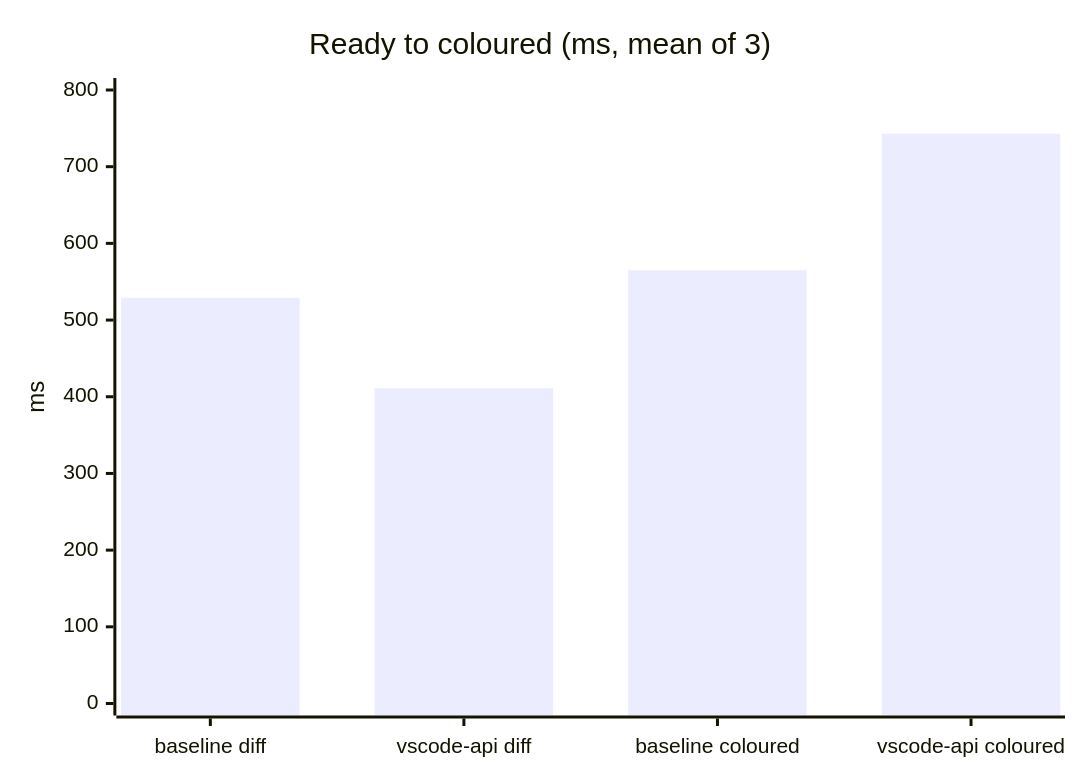
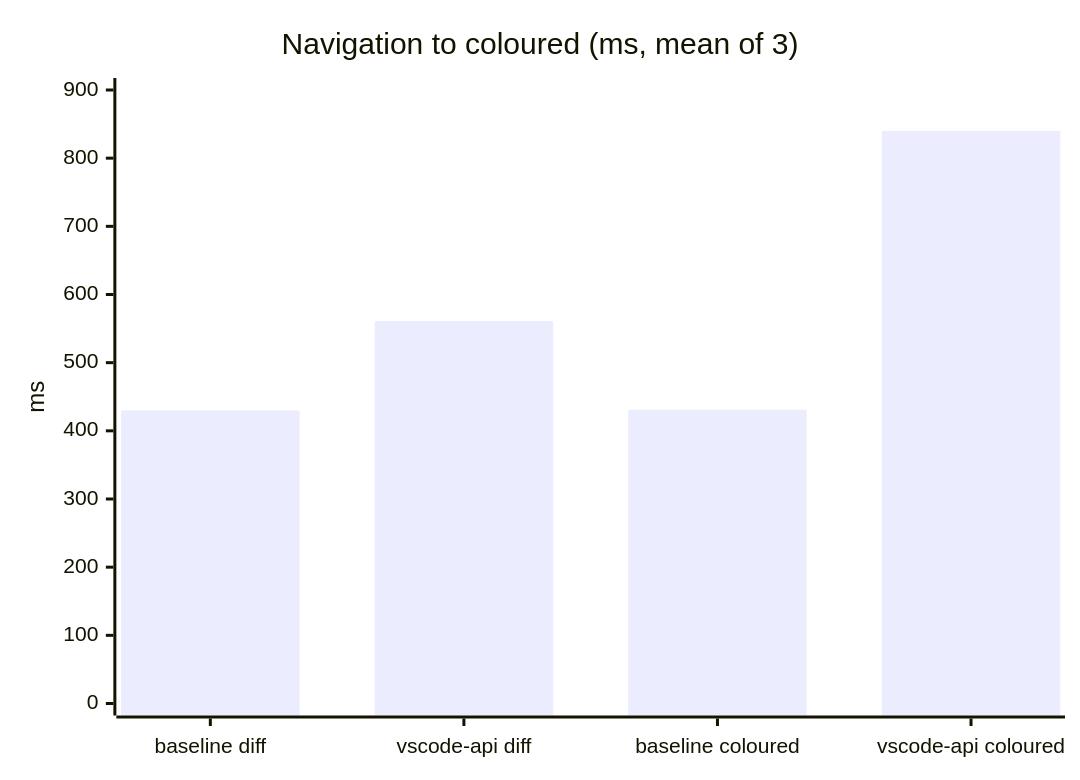
The diagram in spikes/monaco-vscode-api/REPORT.md (adrianj98/kunj), drawn with Mermaid before and after one commit. The commit also changed other lines of this file and 13 other files, not shown here.

````diff
--- a/spikes/monaco-vscode-api/REPORT.md
+++ b/spikes/monaco-vscode-api/REPORT.md
@@ -51,7 +56,7 @@
 ```mermaid
 xychart-beta
-  title "Ready to coloured (ms, mean of 3)"
+  title "Navigation to coloured (ms, mean of 3)"
   x-axis ["baseline diff", "vscode-api diff", "baseline coloured", "vscode-api coloured"]
-  y-axis "ms" 0 --> 800
-  bar [529, 411, 565, 743]
+  y-axis "ms" 0 --> 900
+  bar [430, 561, 431, 840]
 ```
````
